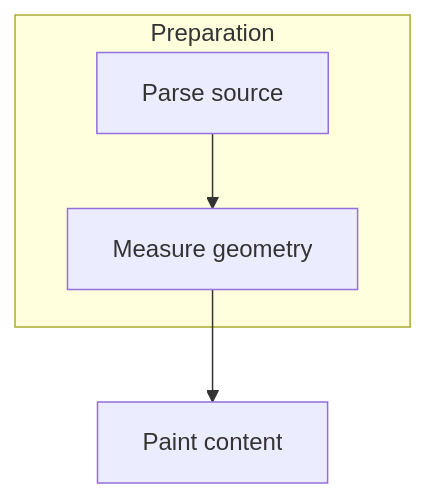
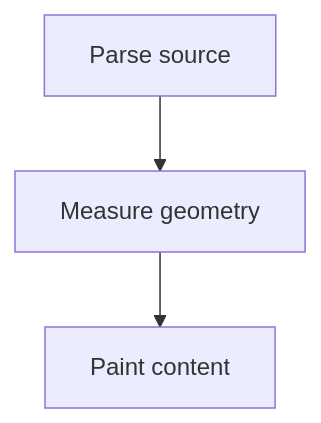
The second of 7 diagrams in docs/examples/rendering-fallback-cases.md (RedSalamanders/RedTilde), drawn with Mermaid before and after one commit. The commit also changed other lines of this file and 292 other files, not shown here.

````diff
--- a/docs/examples/rendering-fallback-cases.md
+++ b/docs/examples/rendering-fallback-cases.md
@@ -83,7 +83,6 @@
 ```mermaid
 flowchart TD
-subgraph Preparation
 Parse[Parse source] --> Layout[Measure geometry]
-end
 Layout --> Paint[Paint content]
+click Parse "https://example.invalid/notes"
 ```
````
